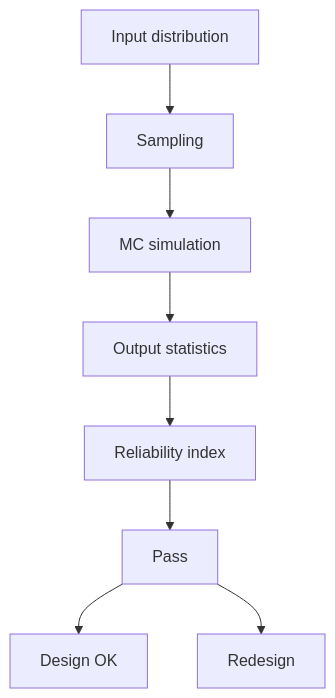
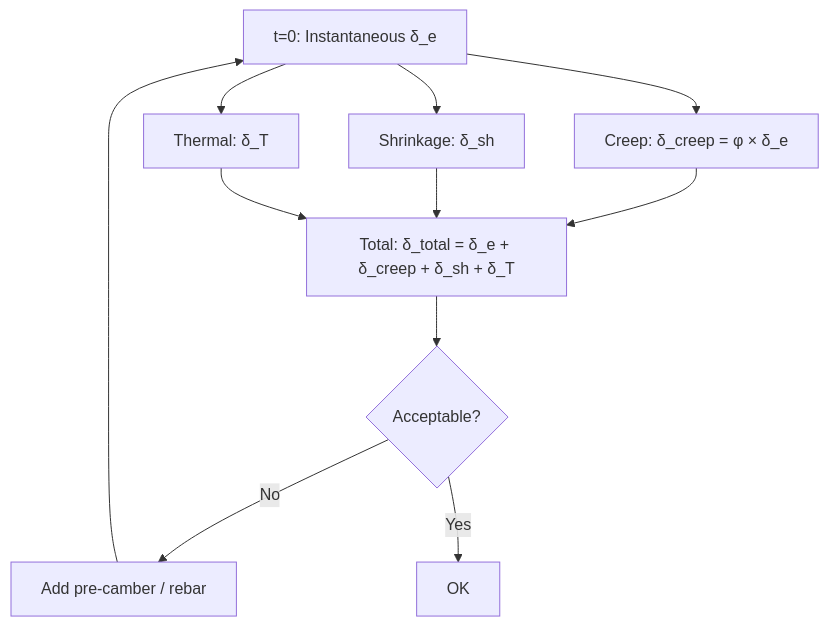
Before and after one commit to yip-lgtm/civil-bootcamp: the second of 3 diagrams in MIT_CEE_MEng_SMD/04_1.541_Concrete_Structures.md, drawn with Mermaid. The commit also changed other lines of this file and 21 other files, not shown here.

````diff
--- a/MIT_CEE_MEng_SMD/04_1.541_Concrete_Structures.md
+++ b/MIT_CEE_MEng_SMD/04_1.541_Concrete_Structures.md
@@ -146,10 +225,13 @@
 ```mermaid
-graph TD
-    A[Input distribution] --> B[Sampling]
-    B --> C[MC simulation]
-    C --> D[Output statistics]
-    D --> E[Reliability index]
-    E --> F[Pass]
-    F --> G[Design OK]
-    F --> H[Redesign]
+flowchart TD
+    A[t=0: Instantaneous δ_e] --> B[Creep: δ_creep = φ × δ_e]
+    A --> C[Shrinkage: δ_sh]
+    A --> D[Thermal: δ_T]
+    B --> E[Total: δ_total = δ_e + δ_creep + δ_sh + δ_T]
+    C --> E
+    D --> E
+    E --> F{Acceptable?}
+    F -->|No| G[Add pre-camber / rebar]
+    G --> A
+    F -->|Yes| H[OK]
 ```
````
